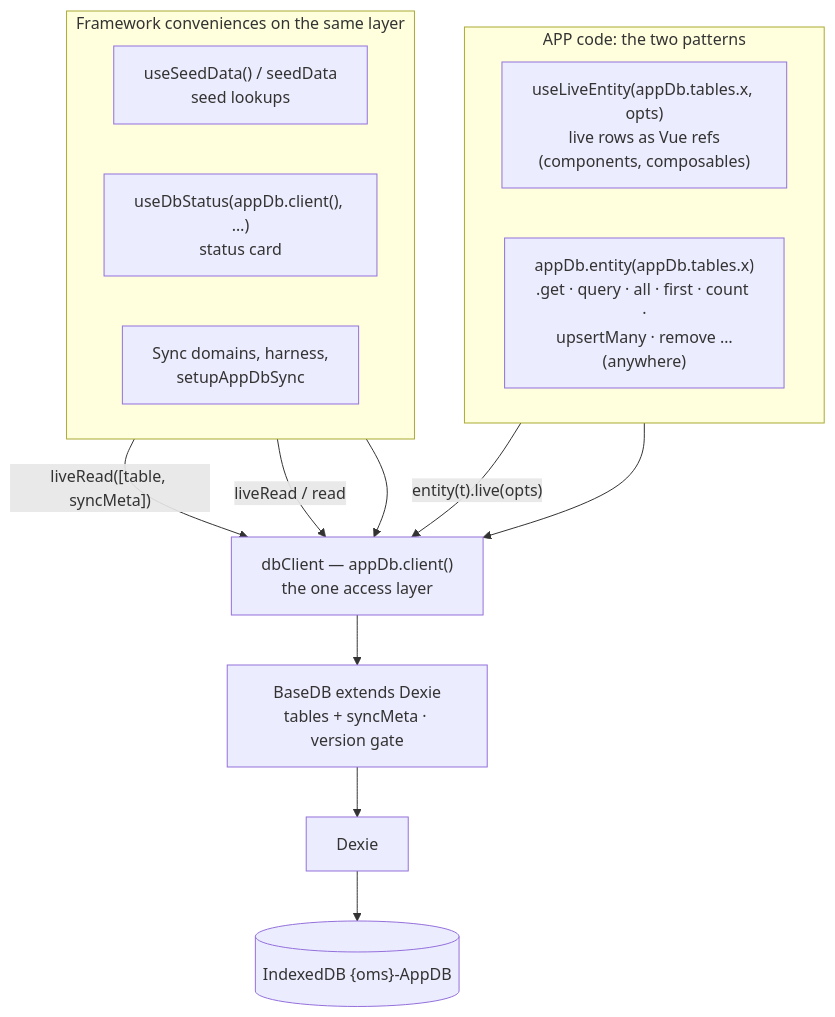
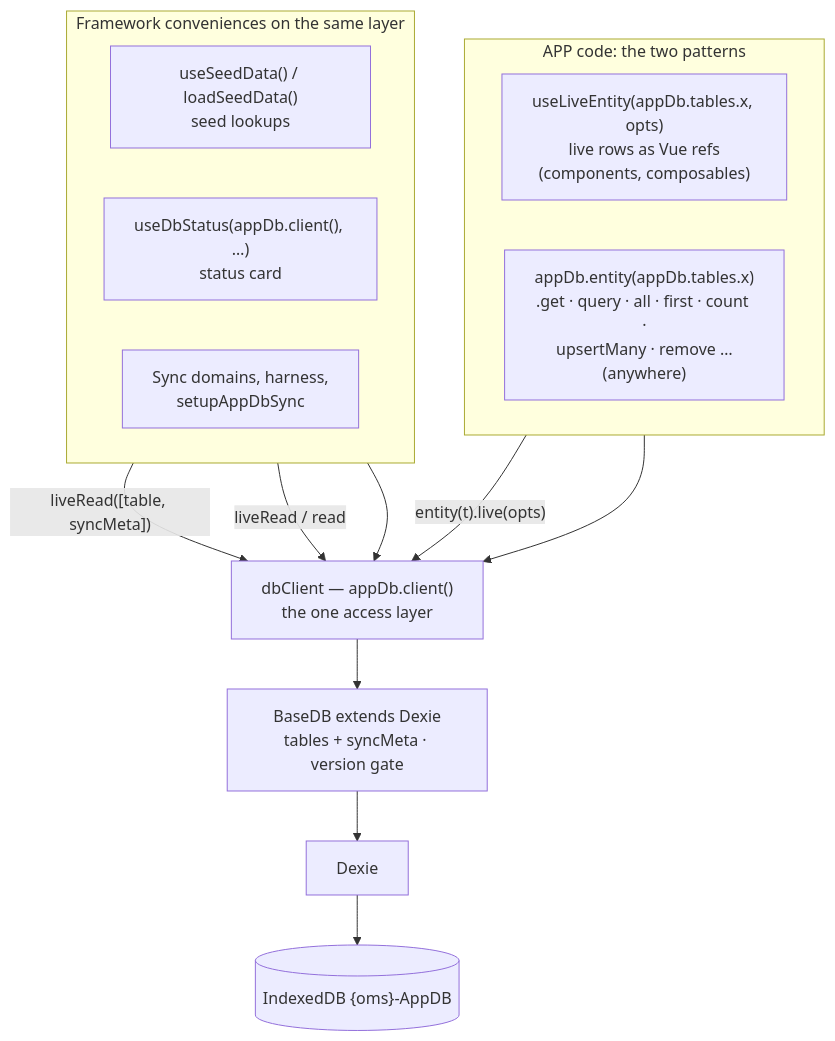
One commit to hotwax/accxui changed the second of 5 diagrams in docs/APP_DB_ARCHITECTURE.md. Above: the diagram before and after it, drawn with Mermaid. The commit also changed other lines of this file and 12 other files, not shown here.

````diff
--- a/docs/APP_DB_ARCHITECTURE.md
+++ b/docs/APP_DB_ARCHITECTURE.md
@@ -62,26 +62,26 @@
 ```mermaid
 flowchart TB
     subgraph USE["APP code: the two patterns"]
       direction LR
       ULE["useLiveEntity(appDb.tables.x, opts)<br/>live rows as Vue refs<br/>(components, composables)"]
       AE["appDb.entity(appDb.tables.x)<br/>.get · query · all · first · count ·<br/>upsertMany · remove …<br/>(anywhere)"]
     end
     subgraph CONV["Framework conveniences on the same layer"]
       direction LR
-      USD["useSeedData() / seedData<br/>seed lookups"]
+      USD["useSeedData() / loadSeedData()<br/>seed lookups"]
       UDS["useDbStatus(appDb.client(), …)<br/>status card"]
       SYNC["Sync domains, harness,<br/>setupAppDbSync"]
     end
     DC["dbClient — appDb.client()<br/>the one access layer"]
     BDB["BaseDB extends Dexie<br/>tables + syncMeta · version gate"]
     DEX["Dexie"]
     IDB[("IndexedDB  {oms}-AppDB")]
 
     ULE -- "entity(t).live(opts)" --> DC
     AE --> DC
     USD -- "liveRead([table, syncMeta])" --> DC
     UDS -- "liveRead / read" --> DC
     SYNC --> DC
     DC --> BDB
     BDB --> DEX --> IDB
 ```
````
